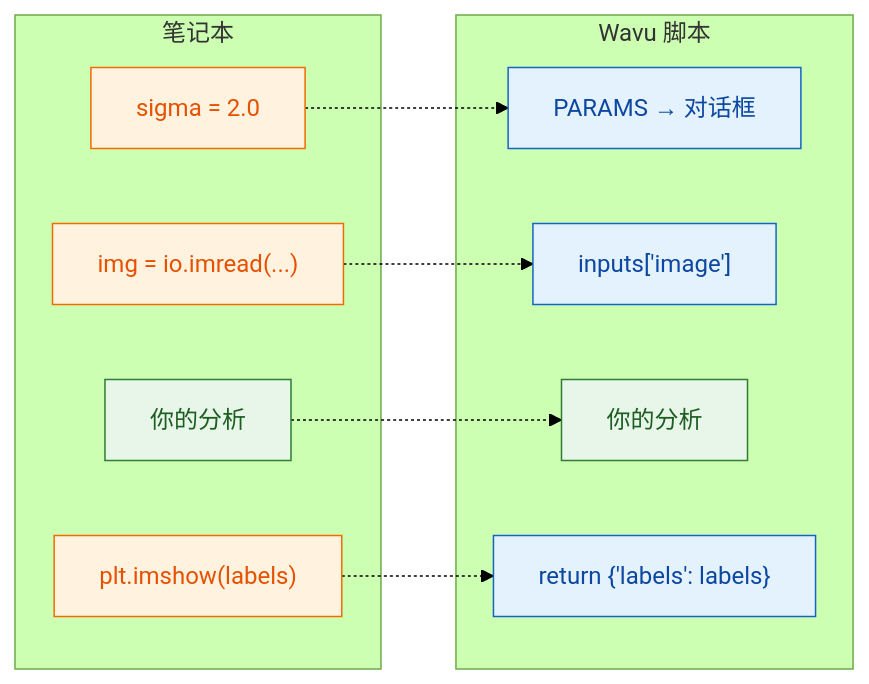
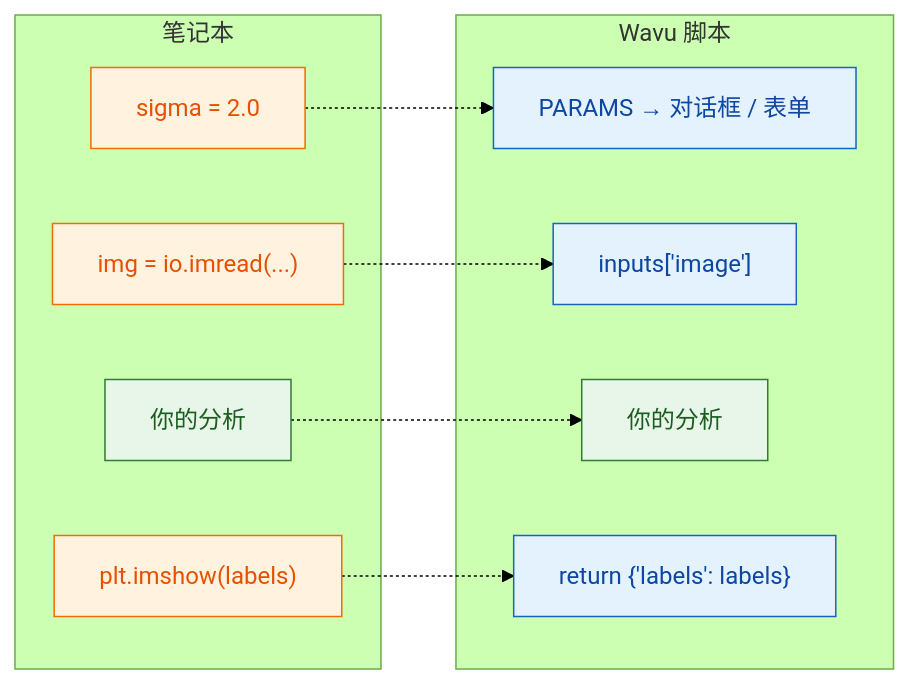
Before and after one commit to Oxford-Zeiss-Centre-of-Excellence/Wavu: the diagram in guide/write/from-notebook.zh-Hans.md, drawn with Mermaid (forest theme). The commit also changed other lines of this file and 70 other files, not shown here.

````diff
--- a/guide/write/from-notebook.zh-Hans.md
+++ b/guide/write/from-notebook.zh-Hans.md
@@ -10,23 +10,23 @@
 ```mermaid
 flowchart LR
     subgraph NB["笔记本"]
         A1["sigma = 2.0"]:::script
         A2["img = io.imread(...)"]:::script
         A3["你的分析"]:::worker
         A4["plt.imshow(labels)"]:::script
     end
     subgraph WV["Wavu 脚本"]
-        B1["PARAMS → 对话框"]:::fiji
+        B1["PARAMS → 对话框 / 表单"]:::fiji
         B2["inputs['image']"]:::fiji
         B3["你的分析"]:::worker
         B4["return {'labels': labels}"]:::fiji
     end
     A1 -.-> B1
     A2 -.-> B2
     A3 -.-> B3
     A4 -.-> B4
 
     classDef fiji   fill:#e3f2fd,stroke:#1565c0,color:#0d47a1
     classDef worker fill:#e8f5e9,stroke:#2e7d32,color:#1b5e20
     classDef script fill:#fff3e0,stroke:#ef6c00,color:#e65100
 ```
````
